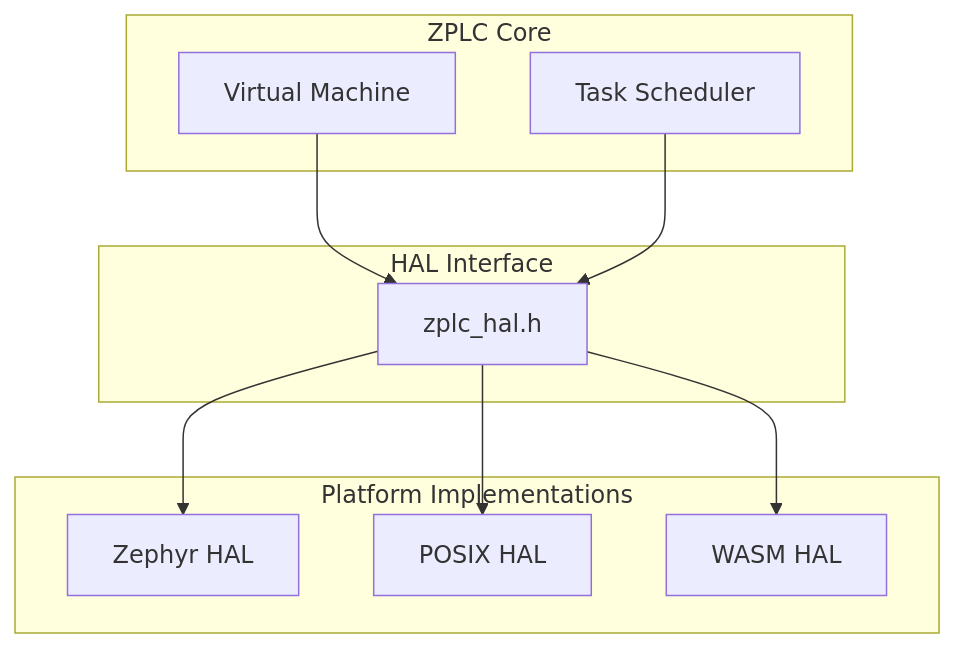
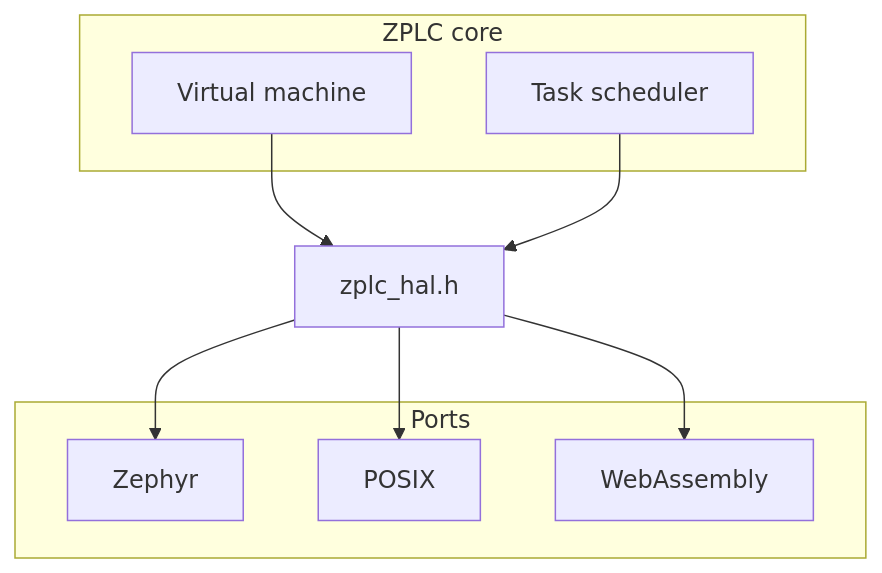
The diagram in docs/docs/runtime/hal.md (eduardojvieira/ZPLC), drawn with Mermaid before and after one commit. The commit also changed other lines of this file and 7 other files, not shown here.

First line of the commit message:
docs: publish the HAL ports and publishing pages in Spanish, and say why the phase spec stays a draft (DOC-016)

````diff
--- a/docs/docs/runtime/hal.md
+++ b/docs/docs/runtime/hal.md
@@ -11,23 +15,21 @@
 ```mermaid
 graph TB
-    subgraph "ZPLC Core"
-        VM[Virtual Machine]
-        Scheduler[Task Scheduler]
+    subgraph "ZPLC core"
+        VM[Virtual machine]
+        Scheduler[Task scheduler]
     end
-    
-    subgraph "HAL Interface"
-        HAL[zplc_hal.h]
+
+    HAL[zplc_hal.h]
+
+    subgraph "Ports"
+        Zephyr[Zephyr]
+        POSIX[POSIX]
+        WASM[WebAssembly]
     end
-    
-    subgraph "Platform Implementations"
-        Zephyr[Zephyr HAL]
-        POSIX[POSIX HAL]
-        WASM[WASM HAL]
-    end
-    
+
     VM --> HAL
     Scheduler --> HAL
     HAL --> Zephyr
     HAL --> POSIX
     HAL --> WASM
 ```
````
